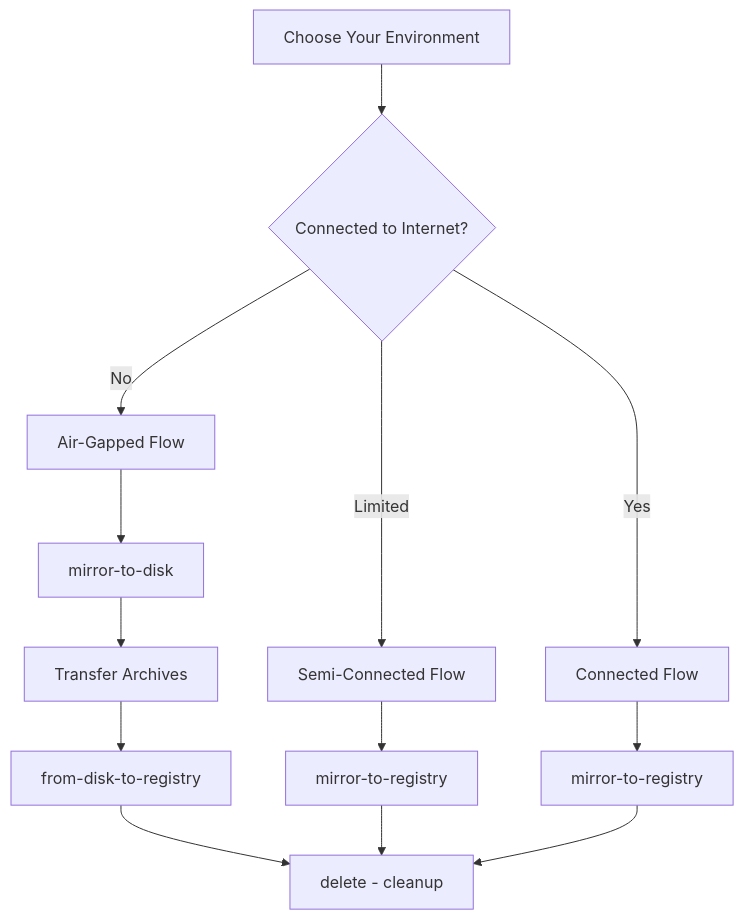
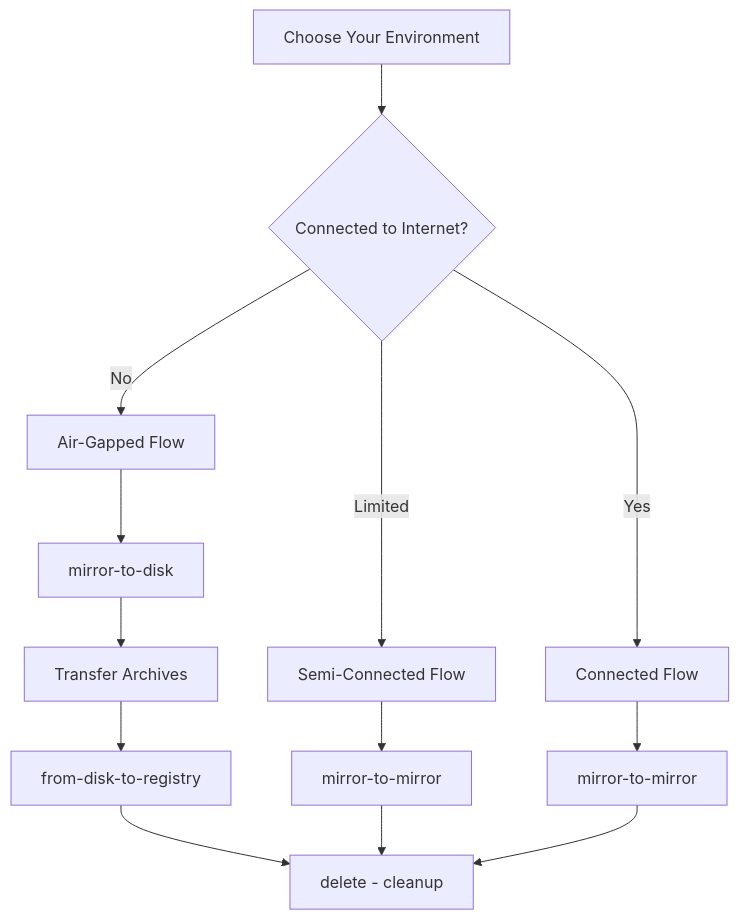
Before and after one commit to RedHatGov/oc-mirror-hackathon: the diagram in docs/flows/README.md, drawn with Mermaid. The commit also changed other lines of this file and 18 other files, not shown here.

````diff
--- a/docs/flows/README.md
+++ b/docs/flows/README.md
@@ -31,18 +31,18 @@
 ```mermaid
 flowchart TD
     A[Choose Your Environment] --> B{Connected to Internet?}
     B -->|No| C[Air-Gapped Flow]
     B -->|Limited| D[Semi-Connected Flow]
     B -->|Yes| E[Connected Flow]
     
     C --> F[mirror-to-disk]
     F --> G[Transfer Archives]
     G --> H[from-disk-to-registry]
     
-    D --> I[mirror-to-registry]
-    E --> J[mirror-to-registry]
+    D --> I[mirror-to-mirror]
+    E --> J[mirror-to-mirror]
     
     H --> K[delete - cleanup]
     I --> K
     J --> K
 ```
````
